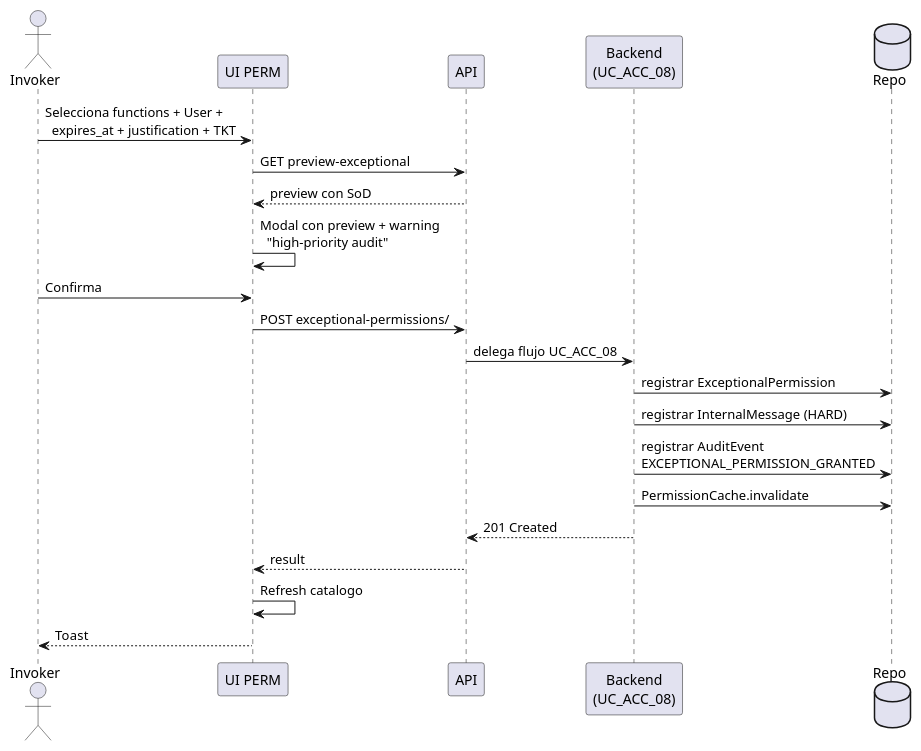
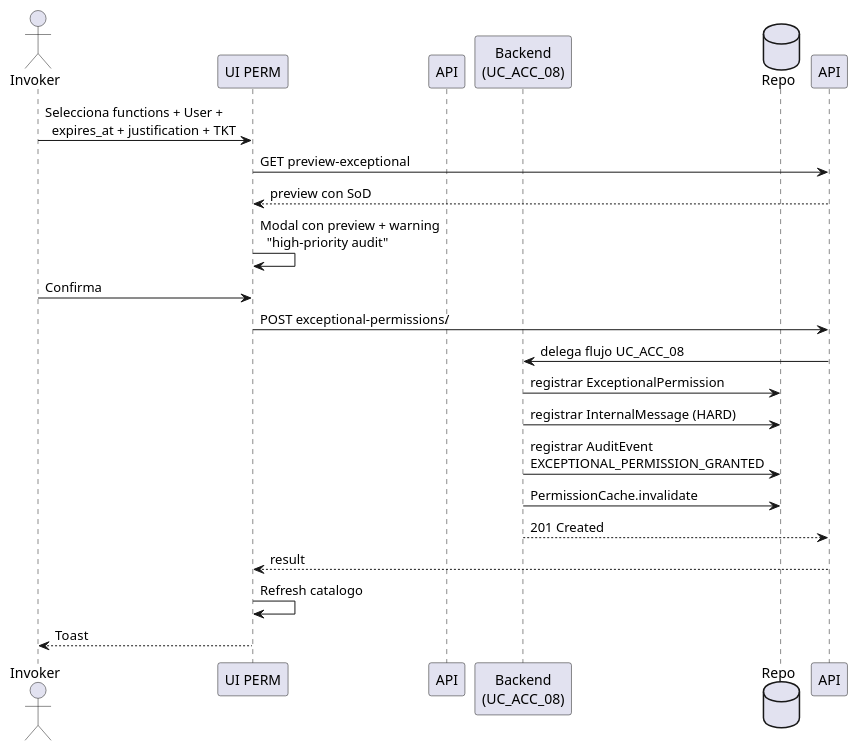
The diagram in source/requisitos/casos-uso/permissions/uc-perm-03/diagramas-uml/diagrama-de-secuencia.rst (jcg-admin/IACT-docs), drawn with PlantUML before and after one commit. The commit also changed 47 other files, not shown here.

First line of the commit message:
Fix cryptic PlantUML aliases in UC and architecture files (STD_011)

```diff
--- a/source/requisitos/casos-uso/permissions/uc-perm-03/diagramas-uml/diagrama-de-secuencia.rst
+++ b/source/requisitos/casos-uso/permissions/uc-perm-03/diagramas-uml/diagrama-de-secuencia.rst
@@ -4,29 +4,29 @@
 .. uml::
  :caption: UC_PERM_03 — flujo
 
  @startuml
 
  actor Invoker as Invoker
  participant "UI PERM" as UiPerm
- participant "API" as API
+ participant "API" as EndpointAPI
  participant "Backend\n(UC_ACC_08)" as Backend
  database "Repo" as Repo
 
  Invoker -> UiPerm: Selecciona functions + User +\n  expires_at + justification + TKT
  UiPerm -> API: GET preview-exceptional
  API --> UiPerm: preview con SoD
  UiPerm -> UiPerm: Modal con preview + warning\n  "high-priority audit"
  Invoker -> UiPerm: Confirma
 
  UiPerm -> API: POST exceptional-permissions/
  API -> Backend: delega flujo UC_ACC_08
  Backend -> Repo: registrar ExceptionalPermission
  Backend -> Repo: registrar InternalMessage (HARD)
  Backend -> Repo: registrar AuditEvent\nEXCEPTIONAL_PERMISSION_GRANTED
  Backend -> Repo: PermissionCache.invalidate
  Backend --> API: 201 Created
  API --> UiPerm: result
  UiPerm -> UiPerm: Refresh catalogo
  UiPerm --> Invoker: Toast
 
  @enduml
```
